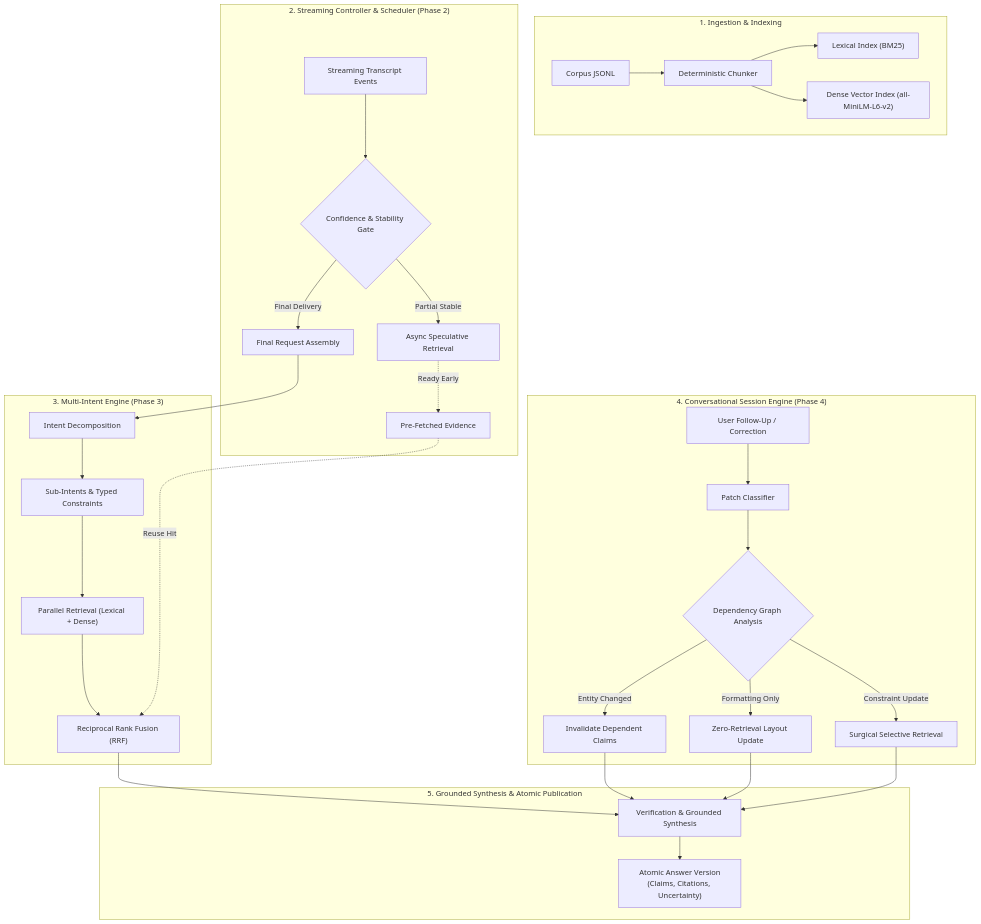
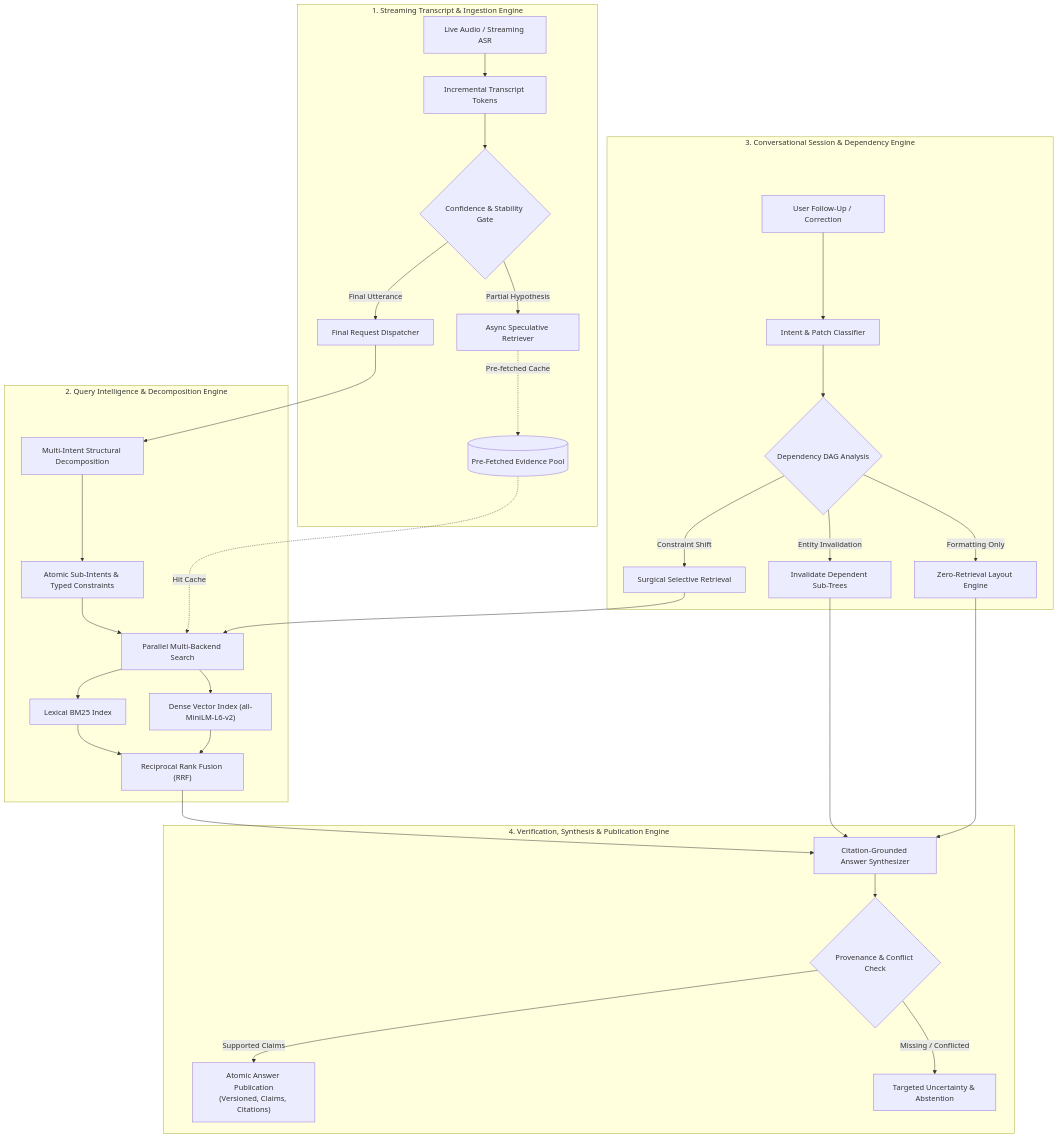
Before and after one commit to Madhumasa84/Samsung_Prism: the diagram in README.md, drawn with Mermaid. The commit also changed other lines of this file and 7 other files, not shown here.

First line of the commit message:
Unify system architecture in README and remove internal review documents for Samsung PRISM submission

````diff
--- a/README.md
+++ b/README.md
@@ -48,39 +51,38 @@
 ```mermaid
 flowchart TD
-    subgraph Ingestion["1. Ingestion & Indexing"]
-        Docs["Corpus JSONL"] --> Chunker["Deterministic Chunker"]
-        Chunker --> LexIdx["Lexical Index (BM25)"]
-        Chunker --> DenseIdx["Dense Vector Index (all-MiniLM-L6-v2)"]
+    subgraph StreamLayer["1. Streaming Transcript & Ingestion Engine"]
+        Audio["Live Audio / Streaming ASR"] --> TokenStream["Incremental Transcript Tokens"]
+        TokenStream --> Gate{"Confidence & Stability Gate"}
+        Gate -->|"Partial Hypothesis"| EarlyRet["Async Speculative Retriever"]
+        Gate -->|"Final Utterance"| FinalReq["Final Request Dispatcher"]
+        EarlyRet -.->|"Pre-fetched Cache"| EvidencePool[("Pre-Fetched Evidence Pool")]
     end
 
-    subgraph Streaming["2. Streaming Controller & Scheduler (Phase 2)"]
-        StreamTokens["Streaming Transcript Events"] --> Controller{"Confidence & Stability Gate"}
-        Controller -->|"Partial Stable"| EarlySched["Async Speculative Retrieval"]
-        Controller -->|"Final Delivery"| FinalReq["Final Request Assembly"]
-        EarlySched -.->|"Ready Early"| EvidencePool["Pre-Fetched Evidence"]
+    subgraph QueryIntel["2. Query Intelligence & Decomposition Engine"]
+        FinalReq --> IntentDecomp["Multi-Intent Structural Decomposition"]
+        IntentDecomp --> SubIntents["Atomic Sub-Intents & Typed Constraints"]
+        SubIntents --> HybridRet["Parallel Multi-Backend Search"]
+        EvidencePool -.->|"Hit Cache"| HybridRet
+        HybridRet --> BM25["Lexical BM25 Index"]
+        HybridRet --> DenseVec["Dense Vector Index (all-MiniLM-L6-v2)"]
+        BM25 & DenseVec --> RRF["Reciprocal Rank Fusion (RRF)"]
     end
 
-    subgraph IntentDecomp["3. Multi-Intent Engine (Phase 3)"]
-        FinalReq --> Decomp["Intent Decomposition"]
-        Decomp --> SubIntents["Sub-Intents & Typed Constraints"]
-        SubIntents --> ParallelRet["Parallel Retrieval (Lexical + Dense)"]
-        ParallelRet --> RRF["Reciprocal Rank Fusion (RRF)"]
-        EvidencePool -.->|"Reuse Hit"| RRF
+    subgraph StateUpdate["3. Conversational Session & Dependency Engine"]
+        FollowUp["User Follow-Up / Correction"] --> PatchClassifier["Intent & Patch Classifier"]
+        PatchClassifier --> DepDAG{"Dependency DAG Analysis"}
+        DepDAG -->|"Entity Invalidation"| InvalidateClaims["Invalidate Dependent Sub-Trees"]
+        DepDAG -->|"Formatting Only"| ZeroRet["Zero-Retrieval Layout Engine"]
+        DepDAG -->|"Constraint Shift"| SurgicalRet["Surgical Selective Retrieval"]
+        SurgicalRet --> HybridRet
     end
 
-    subgraph SessionUpdate["4. Conversational Session Engine (Phase 4)"]
-        FollowUp["User Follow-Up / Correction"] --> PatchClassifier["Patch Classifier"]
-        PatchClassifier --> DepDAG{"Dependency Graph Analysis"}
-        DepDAG -->|"Entity Changed"| InvalidateDep["Invalidate Dependent Claims"]
-        DepDAG -->|"Formatting Only"| FormatOnly["Zero-Retrieval Layout Update"]
-        DepDAG -->|"Constraint Update"| SelectiveRet["Surgical Selective Retrieval"]
-    end
-
-    subgraph Synthesis["5. Grounded Synthesis & Atomic Publication"]
-        RRF --> Synthesizer["Verification & Grounded Synthesis"]
-        InvalidateDep --> Synthesizer
-        FormatOnly --> Synthesizer
-        SelectiveRet --> Synthesizer
-        Synthesizer --> Published["Atomic Answer Version\n(Claims, Citations, Uncertainty)"]
+    subgraph SynthesisLayer["4. Verification, Synthesis & Publication Engine"]
+        RRF --> Synthesizer["Citation-Grounded Answer Synthesizer"]
+        InvalidateClaims --> Synthesizer
+        ZeroRet --> Synthesizer
+        Synthesizer --> Verifier{"Provenance & Conflict Check"}
+        Verifier -->|"Supported Claims"| Pub["Atomic Answer Publication\n(Versioned, Claims, Citations)"]
+        Verifier -->|"Missing / Conflicted"| Uncertainty["Targeted Uncertainty & Abstention"]
     end
 ```
````
